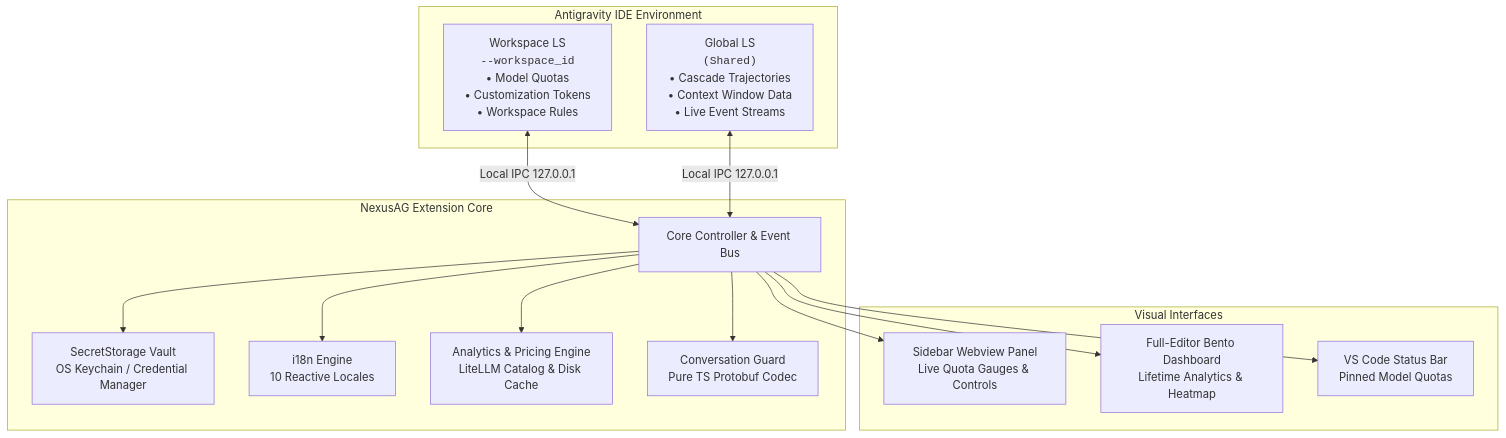
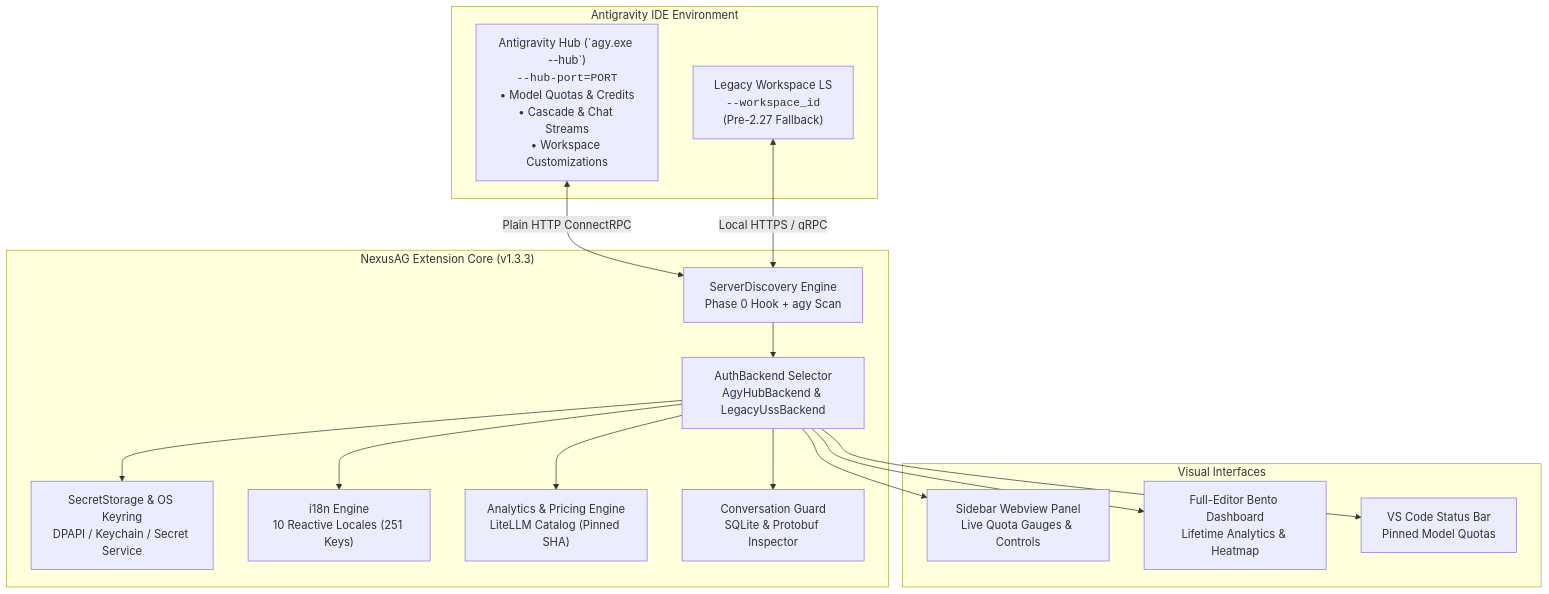
Before and after one commit to AlperenAKKAYA99/NexusAG: the second of 2 diagrams in README.md, drawn with Mermaid. The commit also changed other lines of this file and 273 other files, not shown here.

````diff
--- a/README.md
+++ b/README.md
@@ -157,31 +218,33 @@
 ```mermaid
 graph TB
     subgraph Antigravity_IDE["Antigravity IDE Environment"]
-        WLS["Workspace LS<br/><code>--workspace_id</code><br/>• Model Quotas<br/>• Customization Tokens<br/>• Workspace Rules"]
-        GLS["Global LS<br/><code>(Shared)</code><br/>• Cascade Trajectories<br/>• Context Window Data<br/>• Live Event Streams"]
+        HUB["Antigravity Hub (`agy.exe --hub`)<br/><code>--hub-port=PORT</code><br/>• Model Quotas & Credits<br/>• Cascade & Chat Streams<br/>• Workspace Customizations"]
+        WLS["Legacy Workspace LS<br/><code>--workspace_id</code><br/>(Pre-2.27 Fallback)"]
     end
 
-    subgraph NexusAG_Core["NexusAG Extension Core"]
-        NEX["Core Controller & Event Bus"]
-        VAULT["SecretStorage Vault<br/>OS Keychain / Credential Manager"]
-        I18N["i18n Engine<br/>10 Reactive Locales"]
-        ANALYTICS["Analytics & Pricing Engine<br/>LiteLLM Catalog & Disk Cache"]
-        GUARD["Conversation Guard<br/>Pure TS Protobuf Codec"]
+    subgraph NexusAG_Core["NexusAG Extension Core (v1.3.3)"]
+        DISCO["ServerDiscovery Engine<br/>Phase 0 Hook + agy Scan"]
+        AUTH["AuthBackend Selector<br/>AgyHubBackend & LegacyUssBackend"]
+        VAULT["SecretStorage & OS Keyring<br/>DPAPI / Keychain / Secret Service"]
+        I18N["i18n Engine<br/>10 Reactive Locales (251 Keys)"]
+        ANALYTICS["Analytics & Pricing Engine<br/>LiteLLM Catalog (Pinned SHA)"]
+        GUARD["Conversation Guard<br/>SQLite & Protobuf Inspector"]
     end
 
     subgraph UI_Surfaces["Visual Interfaces"]
         SIDEBAR["Sidebar Webview Panel<br/>Live Quota Gauges & Controls"]
         DASHBOARD["Full-Editor Bento Dashboard<br/>Lifetime Analytics & Heatmap"]
         STATUSBAR["VS Code Status Bar<br/>Pinned Model Quotas"]
     end
 
-    WLS <-->|Local IPC 127.0.0.1| NEX
-    GLS <-->|Local IPC 127.0.0.1| NEX
-    NEX --> VAULT
-    NEX --> I18N
-    NEX --> ANALYTICS
-    NEX --> GUARD
-    NEX --> SIDEBAR
-    NEX --> DASHBOARD
-    NEX --> STATUSBAR
+    HUB <-->|Plain HTTP ConnectRPC| DISCO
+    WLS <-->|Local HTTPS / gRPC| DISCO
+    DISCO --> AUTH
+    AUTH --> VAULT
+    AUTH --> I18N
+    AUTH --> ANALYTICS
+    AUTH --> GUARD
+    AUTH --> SIDEBAR
+    AUTH --> DASHBOARD
+    AUTH --> STATUSBAR
 ```
````
